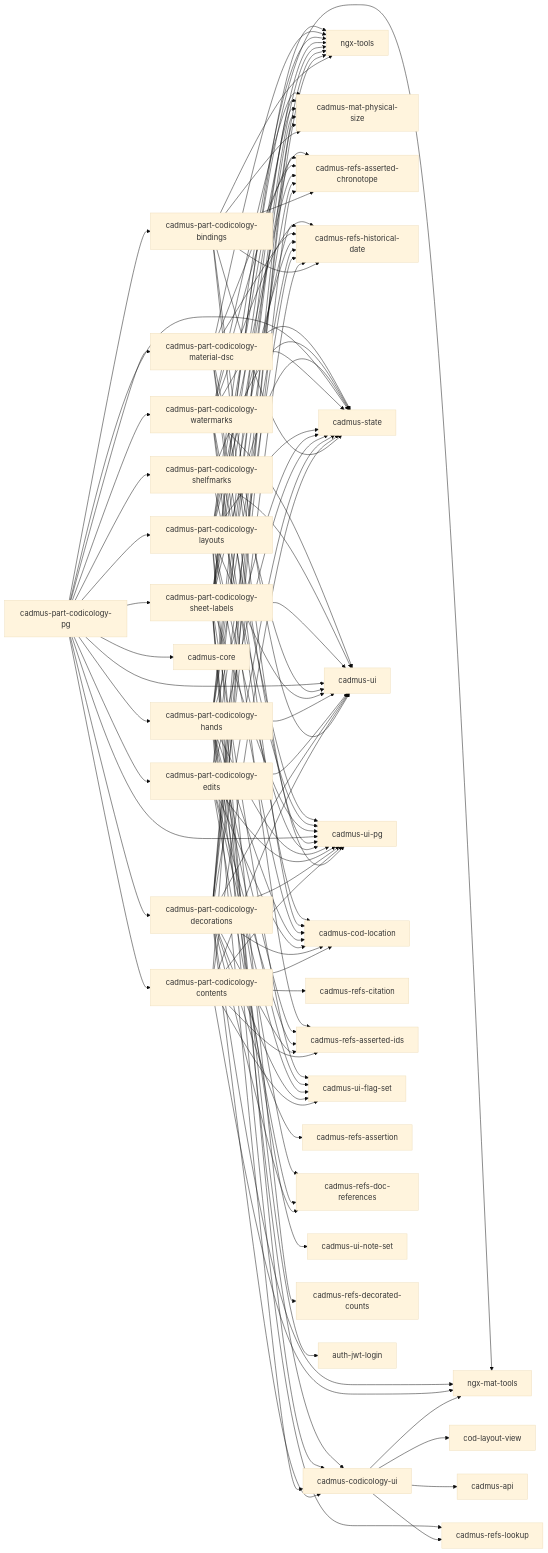
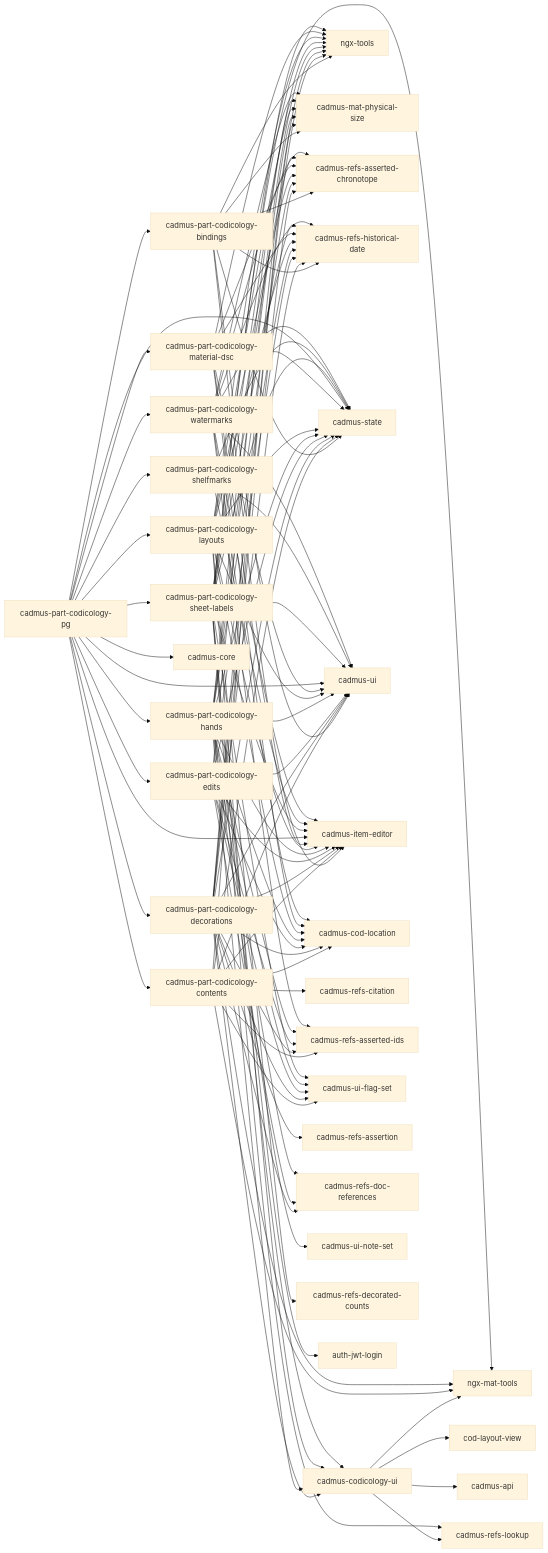
Before and after one commit to vedph/cadmus-codicology-shell: the diagram in README.md, drawn with Mermaid (base theme). The commit also changed other lines of this file and 60 other files, not shown here.

````diff
--- a/README.md
+++ b/README.md
@@ -58,7 +58,7 @@
   cadmus-part-codicology-bindings --> cadmus-refs-historical-date
   cadmus-part-codicology-bindings --> cadmus-state
   cadmus-part-codicology-bindings --> cadmus-ui
-  cadmus-part-codicology-bindings --> cadmus-ui-pg
+  cadmus-part-codicology-bindings --> cadmus-item-editor
   cadmus-part-codicology-contents --> ngx-tools
   cadmus-part-codicology-contents --> ngx-mat-tools
   cadmus-part-codicology-contents --> cadmus-cod-location
@@ -67,7 +67,7 @@
   cadmus-part-codicology-contents --> cadmus-ui-flag-set
   cadmus-part-codicology-contents --> cadmus-state
   cadmus-part-codicology-contents --> cadmus-ui
-  cadmus-part-codicology-contents --> cadmus-ui-pg
+  cadmus-part-codicology-contents --> cadmus-item-editor
   cadmus-part-codicology-decorations --> ngx-tools
   cadmus-part-codicology-decorations --> ngx-mat-tools
   cadmus-part-codicology-decorations --> cadmus-refs-assertion
@@ -80,7 +80,7 @@
   cadmus-part-codicology-decorations --> cadmus-ui-flag-set
   cadmus-part-codicology-decorations --> cadmus-state
   cadmus-part-codicology-decorations --> cadmus-ui
-  cadmus-part-codicology-decorations --> cadmus-ui-pg
+  cadmus-part-codicology-decorations --> cadmus-item-editor
   cadmus-part-codicology-decorations --> cadmus-codicology-ui
   cadmus-part-codicology-edits --> ngx-tools
   cadmus-part-codicology-edits --> cadmus-cod-location
@@ -90,7 +90,7 @@
   cadmus-part-codicology-edits --> cadmus-ui-flag-set
   cadmus-part-codicology-edits --> cadmus-state
   cadmus-part-codicology-edits --> cadmus-ui
-  cadmus-part-codicology-edits --> cadmus-ui-pg
+  cadmus-part-codicology-edits --> cadmus-item-editor
   cadmus-part-codicology-hands --> ngx-tools
   cadmus-part-codicology-hands --> cadmus-cod-location
   cadmus-part-codicology-hands --> cadmus-mat-physical-size
@@ -102,7 +102,7 @@
   cadmus-part-codicology-hands --> cadmus-ui-note-set
   cadmus-part-codicology-hands --> cadmus-state
   cadmus-part-codicology-hands --> cadmus-ui
-  cadmus-part-codicology-hands --> cadmus-ui-pg
+  cadmus-part-codicology-hands --> cadmus-item-editor
   cadmus-part-codicology-hands --> cadmus-codicology-ui
   cadmus-part-codicology-layouts --> ngx-tools
   cadmus-part-codicology-layouts --> cadmus-cod-location
@@ -112,7 +112,7 @@
   cadmus-part-codicology-layouts --> cadmus-refs-historical-date
   cadmus-part-codicology-layouts --> cadmus-state
   cadmus-part-codicology-layouts --> cadmus-ui
-  cadmus-part-codicology-layouts --> cadmus-ui-pg
+  cadmus-part-codicology-layouts --> cadmus-item-editor
   cadmus-part-codicology-layouts --> cadmus-codicology-ui
   cadmus-part-codicology-material-dsc --> ngx-tools
   cadmus-part-codicology-material-dsc --> cadmus-cod-location
@@ -120,11 +120,11 @@
   cadmus-part-codicology-material-dsc --> cadmus-refs-historical-date
   cadmus-part-codicology-material-dsc --> cadmus-state
   cadmus-part-codicology-material-dsc --> cadmus-ui
-  cadmus-part-codicology-material-dsc --> cadmus-ui-pg
+  cadmus-part-codicology-material-dsc --> cadmus-item-editor
   cadmus-part-codicology-pg --> cadmus-core
   cadmus-part-codicology-pg --> cadmus-state
   cadmus-part-codicology-pg --> cadmus-ui
-  cadmus-part-codicology-pg --> cadmus-ui-pg
+  cadmus-part-codicology-pg --> cadmus-item-editor
   cadmus-part-codicology-pg --> cadmus-part-codicology-bindings
   cadmus-part-codicology-pg --> cadmus-part-codicology-contents
   cadmus-part-codicology-pg --> cadmus-part-codicology-decorations
@@ -145,11 +145,11 @@
   cadmus-part-codicology-sheet-labels --> cadmus-refs-lookup
   cadmus-part-codicology-sheet-labels --> cadmus-state
   cadmus-part-codicology-sheet-labels --> cadmus-ui
-  cadmus-part-codicology-sheet-labels --> cadmus-ui-pg
+  cadmus-part-codicology-sheet-labels --> cadmus-item-editor
   cadmus-part-codicology-sheet-labels --> cadmus-codicology-ui
   cadmus-part-codicology-shelfmarks --> cadmus-state
   cadmus-part-codicology-shelfmarks --> cadmus-ui
-  cadmus-part-codicology-shelfmarks --> cadmus-ui-pg
+  cadmus-part-codicology-shelfmarks --> cadmus-item-editor
   cadmus-part-codicology-watermarks --> cadmus-cod-location
   cadmus-part-codicology-watermarks --> cadmus-mat-physical-size
   cadmus-part-codicology-watermarks --> cadmus-refs-asserted-chronotope
@@ -157,5 +157,5 @@
   cadmus-part-codicology-watermarks --> cadmus-refs-historical-date
   cadmus-part-codicology-watermarks --> cadmus-state
   cadmus-part-codicology-watermarks --> cadmus-ui
-  cadmus-part-codicology-watermarks --> cadmus-ui-pg
+  cadmus-part-codicology-watermarks --> cadmus-item-editor
 ```
````
